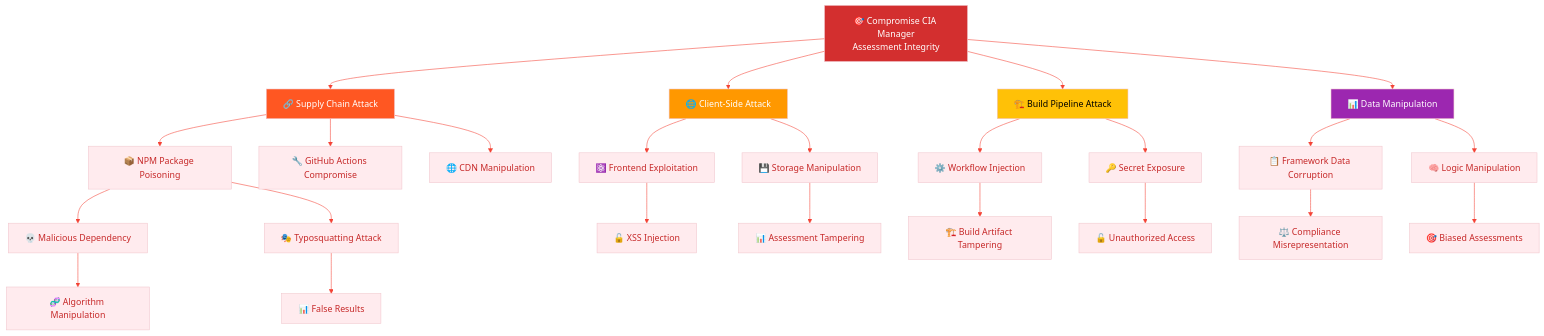
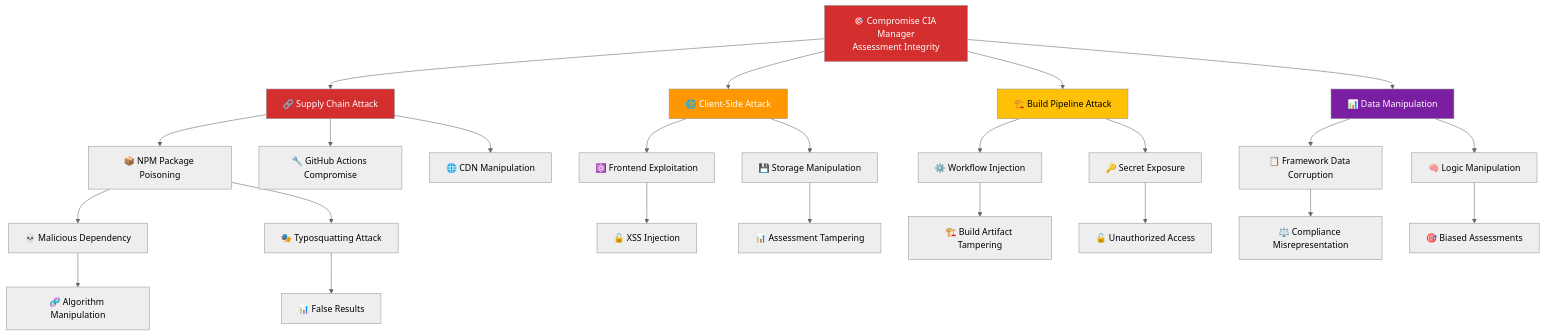
Before and after one commit to step-security-bot/cia-compliance-manager: the third of 15 diagrams in docs/architecture/THREAT_MODEL.md, drawn with Mermaid. The commit also changed other lines of this file and 27 other files, not shown here.

First line of the commit message:
fix: resolve broken mermaid diagrams and improve color coding to match ISMS style guide (#1106)

````diff
--- a/docs/architecture/THREAT_MODEL.md
+++ b/docs/architecture/THREAT_MODEL.md
@@ -272,51 +250,40 @@
 ```mermaid
-%%{
-  init: {
-    'theme': 'base',
-    'themeVariables': {
-      'primaryColor': '#ffebee',
-      'primaryTextColor': '#c62828',
-      'lineColor': '#f44336',
-      'secondaryColor': '#e8f5e9',
-      'tertiaryColor': '#fff3e0'
-    }
-  }
-}%%
+%%{init: {"theme": "neutral"}}%%
 flowchart TD
     GOAL[🎯 Compromise CIA Manager<br/>Assessment Integrity]
     
     GOAL --> PATH1[🔗 Supply Chain Attack]
     GOAL --> PATH2[🌐 Client-Side Attack]
     GOAL --> PATH3[🏗️ Build Pipeline Attack]
     GOAL --> PATH4[📊 Data Manipulation]
     
     PATH1 --> SC1[📦 NPM Package Poisoning]
     PATH1 --> SC2[🔧 GitHub Actions Compromise]
     PATH1 --> SC3[🌐 CDN Manipulation]
     
     SC1 --> SC1A[💀 Malicious Dependency]
     SC1 --> SC1B[🎭 Typosquatting Attack]
     SC1A --> SC1A1[🧬 Algorithm Manipulation]
     SC1B --> SC1B1[📊 False Results]
     
     PATH2 --> CS1[⚛️ Frontend Exploitation]
     PATH2 --> CS2[💾 Storage Manipulation]
     CS1 --> CS1A[🔓 XSS Injection]
     CS2 --> CS2A[📊 Assessment Tampering]
     
     PATH3 --> BP1[⚙️ Workflow Injection]
     PATH3 --> BP2[🔑 Secret Exposure]
     BP1 --> BP1A[🏗️ Build Artifact Tampering]
     BP2 --> BP2A[🔓 Unauthorized Access]
     
     PATH4 --> DM1[📋 Framework Data Corruption]
     PATH4 --> DM2[🧠 Logic Manipulation]
     DM1 --> DM1A[⚖️ Compliance Misrepresentation]
     DM2 --> DM2A[🎯 Biased Assessments]
     
     style GOAL fill:#d32f2f,color:#fff
-    style PATH1 fill:#ff5722,color:#fff
+    style PATH1 fill:#D32F2F,color:#fff
     style PATH2 fill:#ff9800,color:#fff
     style PATH3 fill:#ffc107,color:#000
-    style PATH4 fill:#9c27b0,color:#fff
+    style PATH4 fill:#7B1FA2,color:#fff
 ```
````
